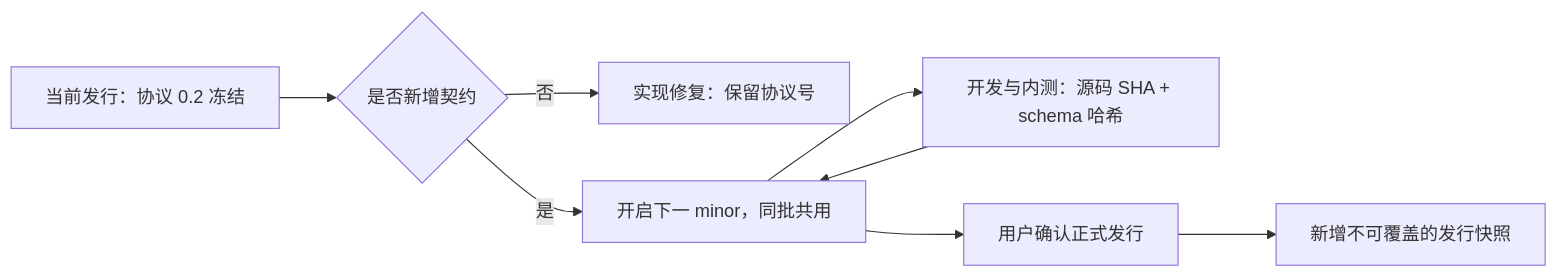
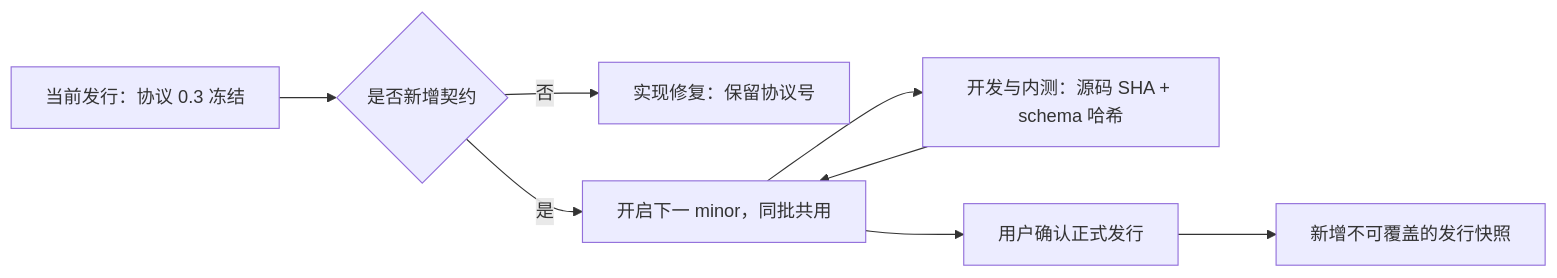
Before and after one commit to virjar/team-talk: the first of 3 diagrams in doc/04-protocol/versioning.md, drawn with Mermaid. The commit also changed other lines of this file and 18 other files, not shown here.

````diff
--- a/doc/04-protocol/versioning.md
+++ b/doc/04-protocol/versioning.md
@@ -44,10 +44,10 @@
 ```mermaid
 flowchart LR
-    Frozen["当前发行：协议 0.2 冻结"] --> New{"是否新增契约"}
+    Frozen["当前发行：协议 0.3 冻结"] --> New{"是否新增契约"}
     New -->|否| Fix["实现修复：保留协议号"]
     New -->|是| Pending["开启下一 minor，同批共用"]
     Pending --> QA["开发与内测：源码 SHA + schema 哈希"]
     QA --> Pending
     Pending --> Approval["用户确认正式发行"]
     Approval --> Next["新增不可覆盖的发行快照"]
 ```
````
